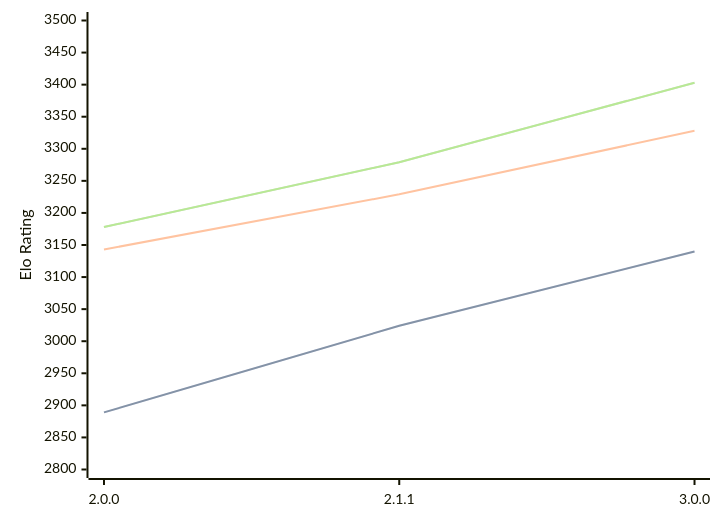
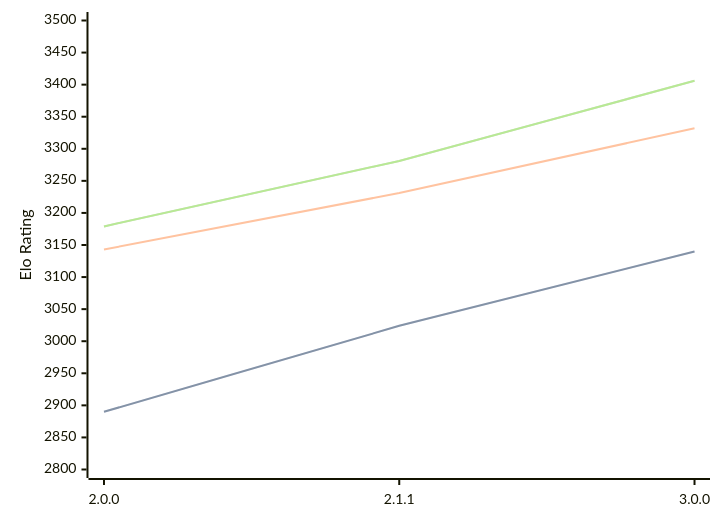
One commit to computer-chess-index/cci changed the diagram in engines/Bread.md. Above: the diagram before and after it, drawn with Mermaid. The commit also changed other lines of this file, not shown here.

Commit message:
Update CCI Ratings (ELO VLTC) - 2026-03-28

````diff
--- a/engines/Bread.md
+++ b/engines/Bread.md
@@ -51,11 +51,11 @@
 ```mermaid
 %%{init: {"theme":"base","themeVariables":{"seriesColors:['#a3a3a3','#222221','#faa371']}}}%%
 xychart-beta
   x-axis ["2.0.0", "2.1.1", "3.0.0"]
   y-axis "Elo Rating" 2800 --> 3500
-  line "STC (8.0+0.08s)" [2889, 3024, 3140]
-  line "STC (8.0+0.08s)" [2889, 3024, 3140]
-  line "LTC (60.0+0.60s)" [3143, 3229, 3328]
-  line "VLTC (2m24s+1.12s)" [3178, 3279, 3403]
-  line "VLTC (2m24s+1.12s)" [3178, 3279, 3403]
+  line "STC (8.0+0.08s)" [2890, 3024, 3140]
+  line "STC (8.0+0.08s)" [2890, 3024, 3140]
+  line "LTC (60.0+0.60s)" [3143, 3231, 3332]
+  line "VLTC (2m24s+1.12s)" [3179, 3281, 3406]
+  line "VLTC (2m24s+1.12s)" [3179, 3281, 3406]
 ```
````
